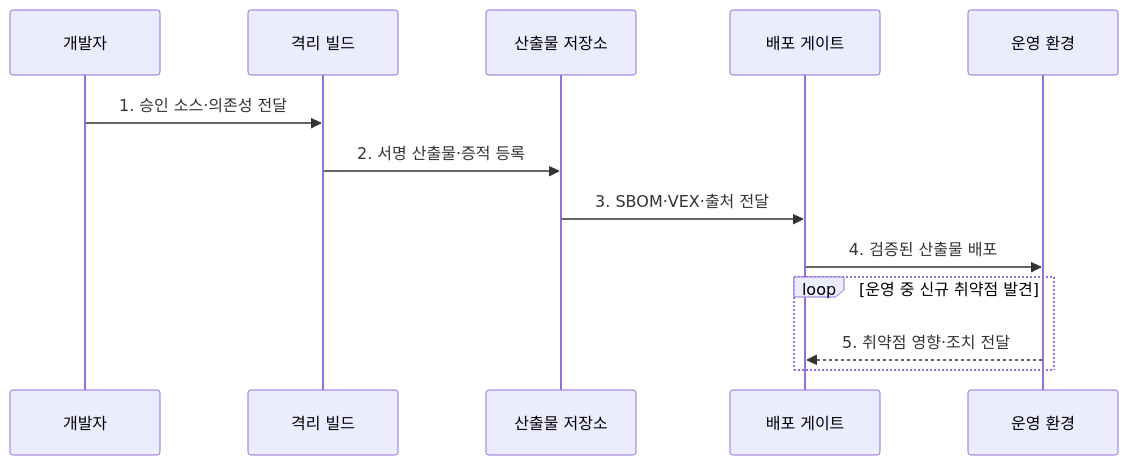
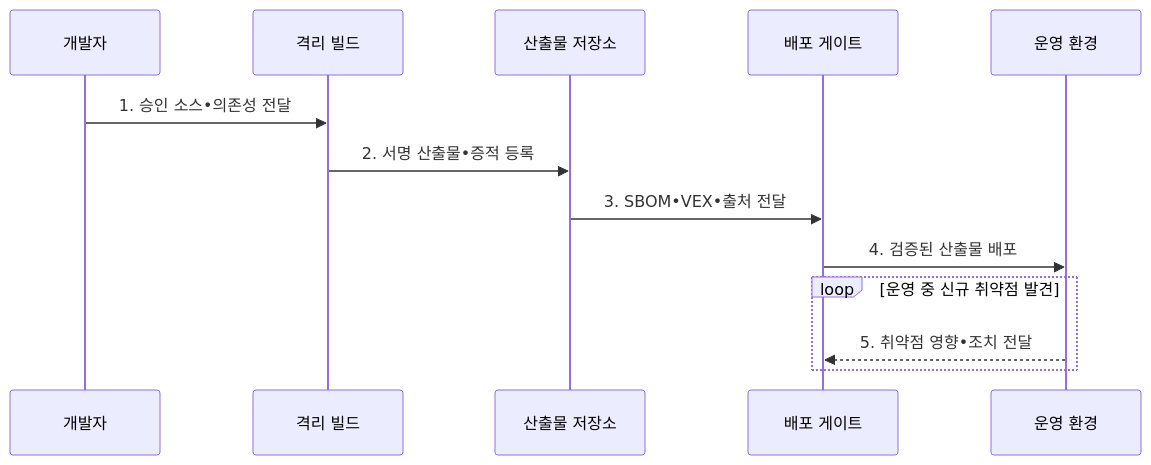
One commit to agnusdei1207/knowledge-base changed the second of 2 diagrams in src/content/docs/notes/05-security/076_supply_chain_security_sbom_vex.md. Above: the diagram before and after it, drawn with Mermaid. The commit also changed other lines of this file and 953 other files, not shown here.

````diff
--- a/src/content/docs/notes/05-security/076_supply_chain_security_sbom_vex.md
+++ b/src/content/docs/notes/05-security/076_supply_chain_security_sbom_vex.md
@@ -99,15 +99,15 @@
 ```mermaid
 sequenceDiagram
     participant D as 개발자
     participant B as 격리 빌드
     participant R as 산출물 저장소
     participant G as 배포 게이트
     participant O as 운영 환경
-    D->>B: 1. 승인 소스·의존성 전달
-    B->>R: 2. 서명 산출물·증적 등록
-    R->>G: 3. SBOM·VEX·출처 전달
+    D->>B: 1. 승인 소스•의존성 전달
+    B->>R: 2. 서명 산출물•증적 등록
+    R->>G: 3. SBOM•VEX•출처 전달
     G->>O: 4. 검증된 산출물 배포
     loop 운영 중 신규 취약점 발견
-        O-->>G: 5. 취약점 영향·조치 전달
+        O-->>G: 5. 취약점 영향•조치 전달
     end
 ```
````
